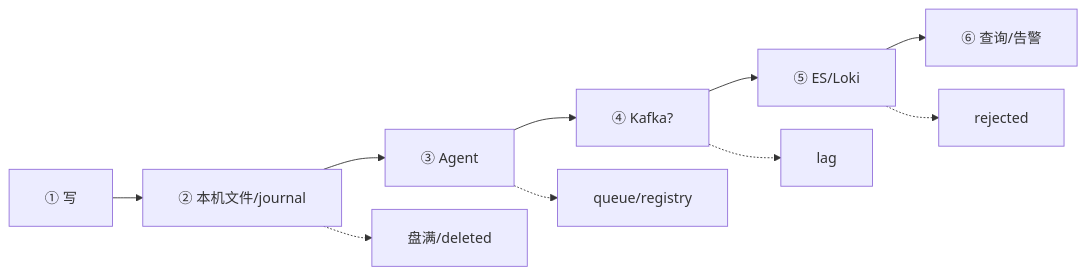
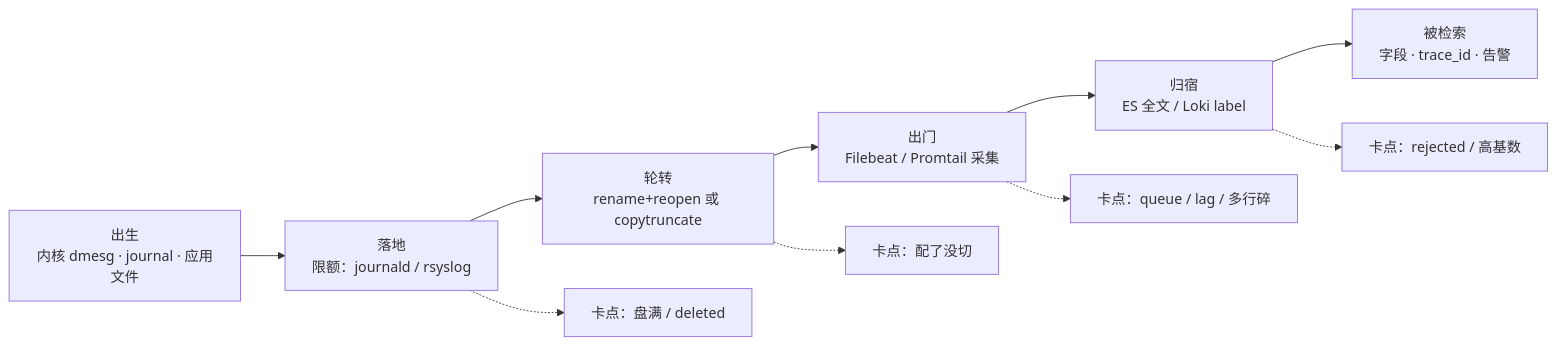
Before and after one commit to ml-cuizijun/LearnToLilith: the first of 4 diagrams in 01-基础底座/23-日志运维/知识点.md, drawn with Mermaid. The commit also changed other lines of this file and 470 other files, not shown here.

````diff
--- a/01-基础底座/23-日志运维/知识点.md
+++ b/01-基础底座/23-日志运维/知识点.md
@@ -198,13 +15,12 @@
 ```mermaid
-%%{init: {"flowchart": {"padding": 20, "nodeSpacing": 26, "rankSpacing": 34}}}%%
 flowchart LR
-    A["① 写"] --> B["② 本机文件/journal"]
-    B --> C["③ Agent"]
-    C --> D["④ Kafka?"]
-    D --> E["⑤ ES/Loki"]
-    E --> F["⑥ 查询/告警"]
-    B -.-> X1["盘满/deleted"]
-    C -.-> X2["queue/registry"]
-    D -.-> X3["lag"]
-    E -.-> X4["rejected"]
+    B["出生<br/>内核 dmesg · journal · 应用文件"] --> L["落地<br/>限额：journald / rsyslog"]
+    L --> R["轮转<br/>rename+reopen 或 copytruncate"]
+    R --> S["出门<br/>Filebeat / Promtail 采集"]
+    S --> T["归宿<br/>ES 全文 / Loki label"]
+    T --> Q["被检索<br/>字段 · trace_id · 告警"]
+    L -.-> F1["卡点：盘满 / deleted"]
+    R -.-> F2["卡点：配了没切"]
+    S -.-> F3["卡点：queue / lag / 多行碎"]
+    T -.-> F4["卡点：rejected / 高基数"]
 ```
````
